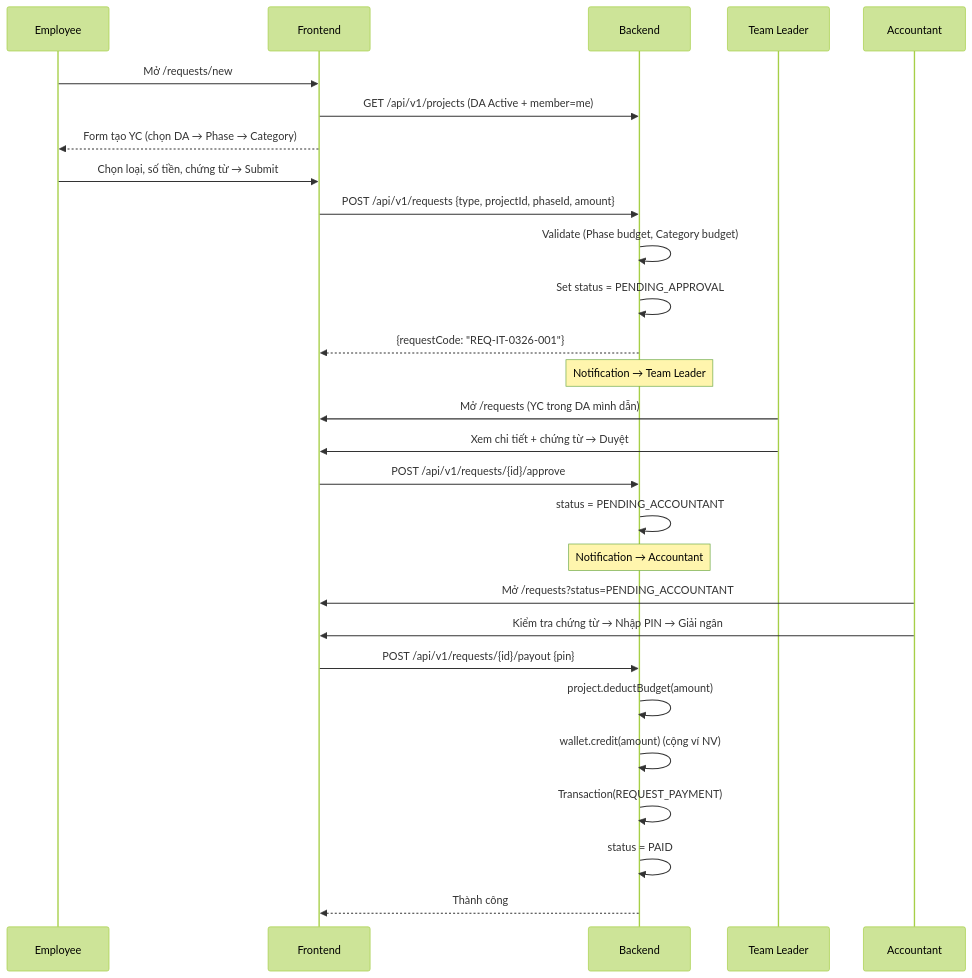
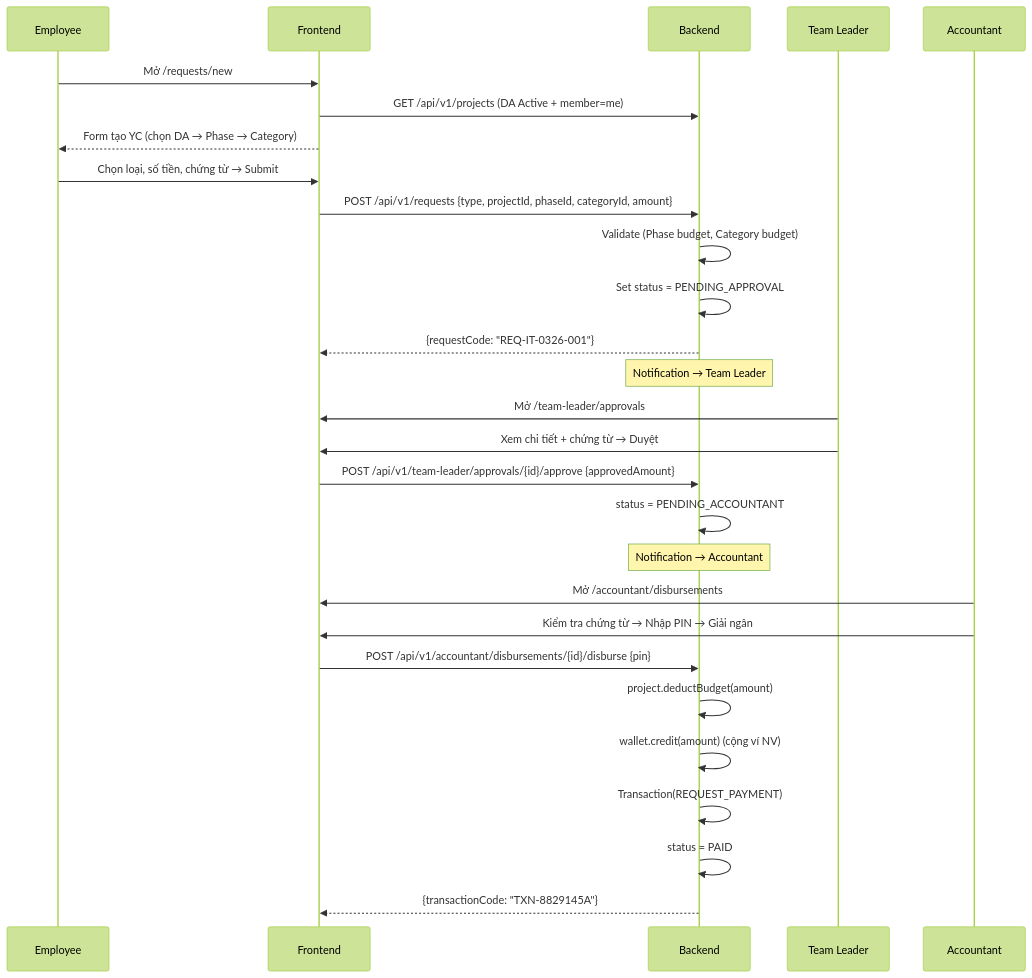
One commit to Quoosc/INTERNAL_FINANCIAL_CASHFLOW_MANAGEMENT_SYSTEM_USING_INTERNAL_WALLET_MODEL_FRONTEND changed the second of 5 diagrams in docs/FLOW.md. Above: the diagram before and after it, drawn with Mermaid (forest theme). The commit also changed other lines of this file and 1 other file, not shown here.

Commit message:
docs: rewrite API contract and flow documentation

````diff
--- a/docs/FLOW.md
+++ b/docs/FLOW.md
@@ -82,36 +105,36 @@
 ```mermaid
 sequenceDiagram
     participant EMP as Employee
     participant FE as Frontend
     participant BE as Backend
     participant TL as Team Leader
     participant ACC as Accountant
 
     EMP->>FE: Mở /requests/new
     FE->>BE: GET /api/v1/projects (DA Active + member=me)
     FE-->>EMP: Form tạo YC (chọn DA → Phase → Category)
 
     EMP->>FE: Chọn loại, số tiền, chứng từ → Submit
-    FE->>BE: POST /api/v1/requests {type, projectId, phaseId, amount}
+    FE->>BE: POST /api/v1/requests {type, projectId, phaseId, categoryId, amount}
     BE->>BE: Validate (Phase budget, Category budget)
     BE->>BE: Set status = PENDING_APPROVAL
     BE-->>FE: {requestCode: "REQ-IT-0326-001"}
 
     Note over BE: Notification → Team Leader
 
-    TL->>FE: Mở /requests (YC trong DA mình dẫn)
+    TL->>FE: Mở /team-leader/approvals
     TL->>FE: Xem chi tiết + chứng từ → Duyệt
-    FE->>BE: POST /api/v1/requests/{id}/approve
+    FE->>BE: POST /api/v1/team-leader/approvals/{id}/approve {approvedAmount}
     BE->>BE: status = PENDING_ACCOUNTANT
 
     Note over BE: Notification → Accountant
 
-    ACC->>FE: Mở /requests?status=PENDING_ACCOUNTANT
+    ACC->>FE: Mở /accountant/disbursements
     ACC->>FE: Kiểm tra chứng từ → Nhập PIN → Giải ngân
-    FE->>BE: POST /api/v1/requests/{id}/payout {pin}
+    FE->>BE: POST /api/v1/accountant/disbursements/{id}/disburse {pin}
     BE->>BE: project.deductBudget(amount)
     BE->>BE: wallet.credit(amount) (cộng ví NV)
     BE->>BE: Transaction(REQUEST_PAYMENT)
     BE->>BE: status = PAID
-    BE-->>FE: Thành công
+    BE-->>FE: {transactionCode: "TXN-8829145A"}
 ```
````
